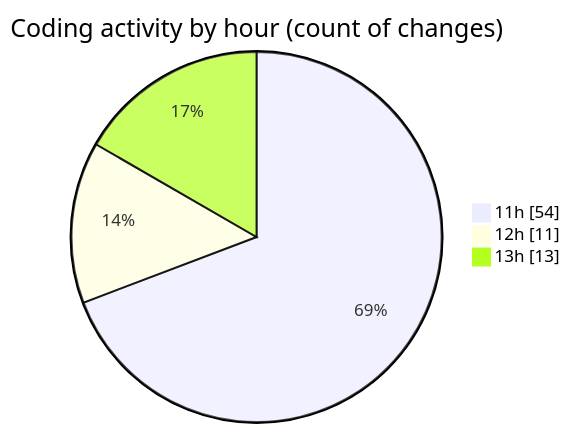
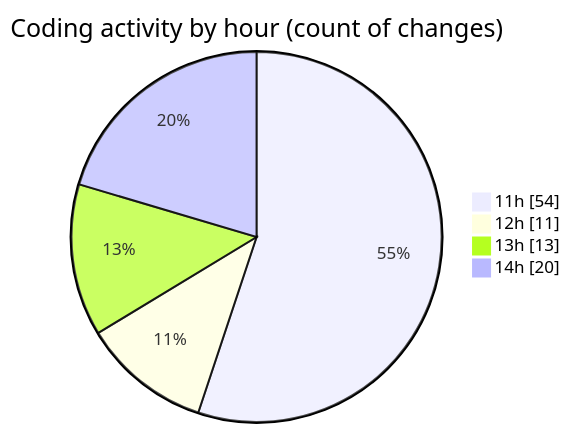
The second of 2 diagrams in 2025-03-17/audiobooks-web/README.md (robertbonfada/code-tracking), drawn with Mermaid before and after one commit. The commit also changed other lines of this file and 1 other file, not shown here.

````diff
--- a/2025-03-17/audiobooks-web/README.md
+++ b/2025-03-17/audiobooks-web/README.md
@@ -37,7 +39,8 @@
 ```mermaid
 pie showData
 title Coding activity by hour (count of changes)
 "11h" : 54
 "12h" : 11
 "13h" : 13
+"14h" : 20
 ```
````
